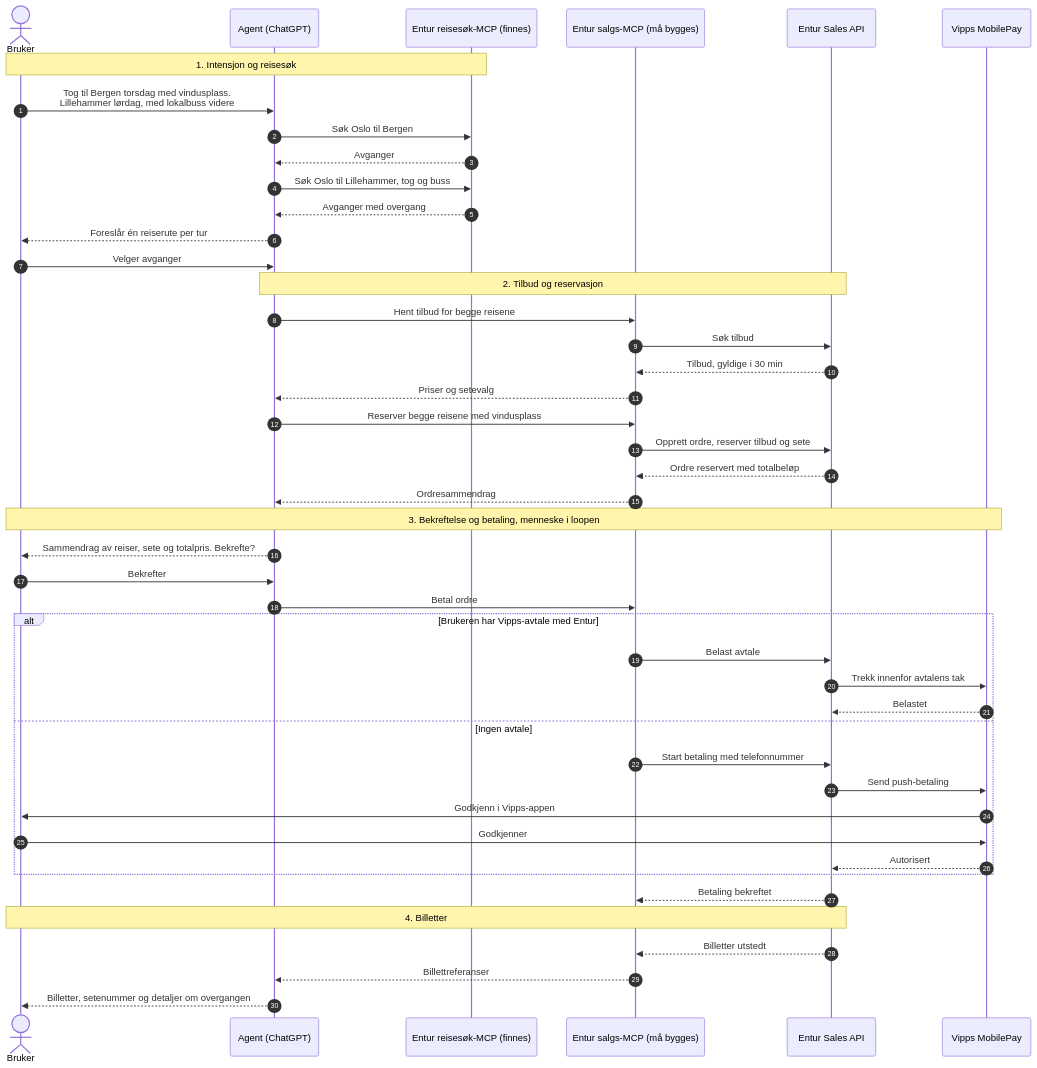
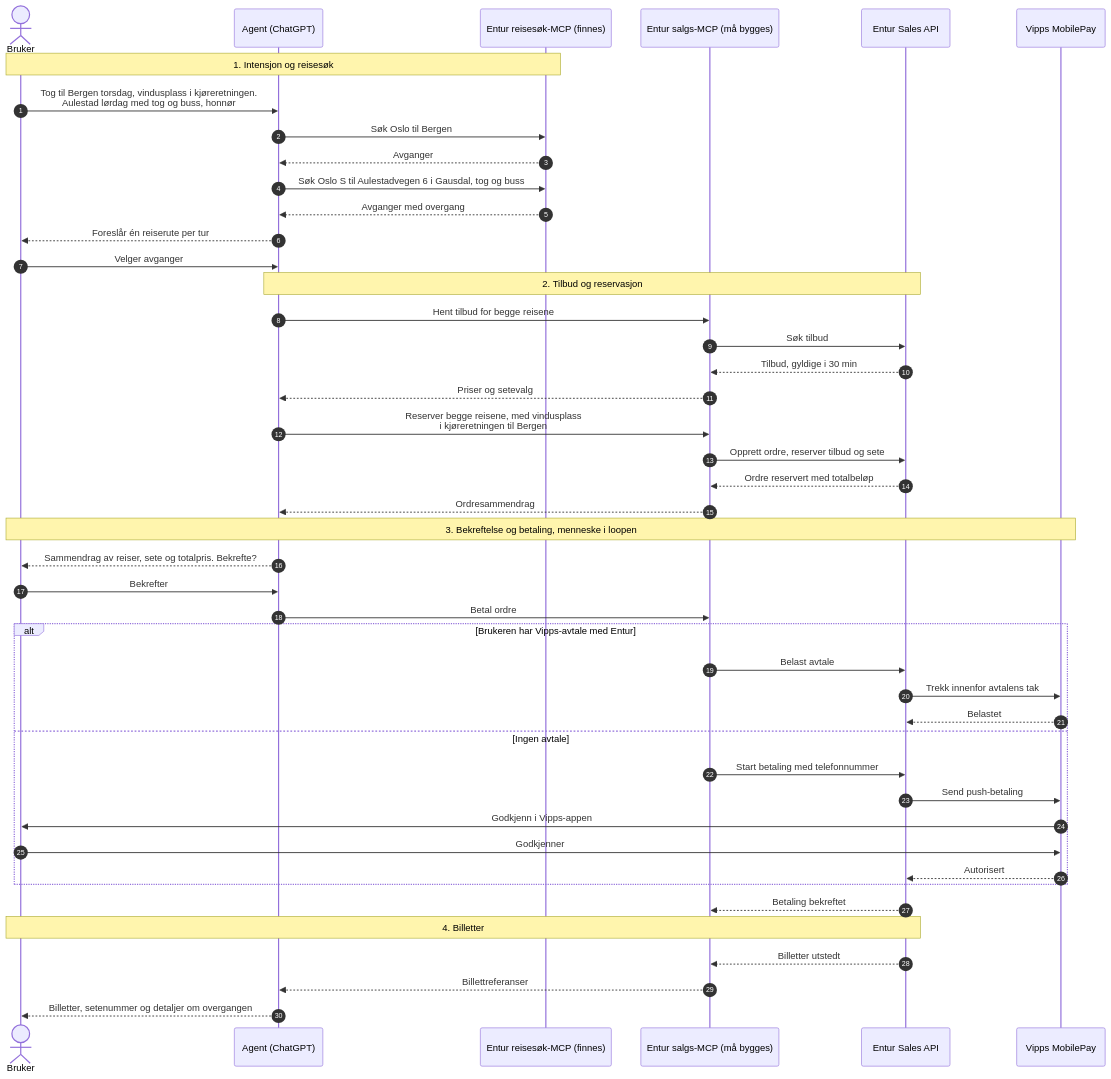
One commit to entur/agentisk-betaling changed the diagram in brukerflyt/chatgpt-flyt.mmd. Above: the diagram before and after it, drawn with Mermaid. The commit also changed 7 other files, not shown here.

First line of the commit message:
Aulestad med honnørbillett og vindusplass i kjøreretningen til Bergen

```diff
--- a/brukerflyt/chatgpt-flyt.mmd
+++ b/brukerflyt/chatgpt-flyt.mmd
@@ -1,49 +1,49 @@
 sequenceDiagram
     autonumber
     actor B as Bruker
     participant A as Agent (ChatGPT)
     participant R as Entur reisesøk-MCP (finnes)
     participant S as Entur salgs-MCP (må bygges)
     participant API as Entur Sales API
     participant V as Vipps MobilePay
 
     Note over B,R: 1. Intensjon og reisesøk
-    B->>A: Tog til Bergen torsdag med vindusplass.<br/>Lillehammer lørdag, med lokalbuss videre
+    B->>A: Tog til Bergen torsdag, vindusplass i kjøreretningen.<br/>Aulestad lørdag med tog og buss, honnør
     A->>R: Søk Oslo til Bergen
     R-->>A: Avganger
-    A->>R: Søk Oslo til Lillehammer, tog og buss
+    A->>R: Søk Oslo S til Aulestadvegen 6 i Gausdal, tog og buss
     R-->>A: Avganger med overgang
     A-->>B: Foreslår én reiserute per tur
     B->>A: Velger avganger
 
     Note over A,API: 2. Tilbud og reservasjon
     A->>S: Hent tilbud for begge reisene
     S->>API: Søk tilbud
     API-->>S: Tilbud, gyldige i 30 min
     S-->>A: Priser og setevalg
-    A->>S: Reserver begge reisene med vindusplass
+    A->>S: Reserver begge reisene, med vindusplass<br/>i kjøreretningen til Bergen
     S->>API: Opprett ordre, reserver tilbud og sete
     API-->>S: Ordre reservert med totalbeløp
     S-->>A: Ordresammendrag
 
     Note over B,V: 3. Bekreftelse og betaling, menneske i loopen
     A-->>B: Sammendrag av reiser, sete og totalpris. Bekrefte?
     B->>A: Bekrefter
     A->>S: Betal ordre
     alt Brukeren har Vipps-avtale med Entur
         S->>API: Belast avtale
         API->>V: Trekk innenfor avtalens tak
         V-->>API: Belastet
     else Ingen avtale
         S->>API: Start betaling med telefonnummer
         API->>V: Send push-betaling
         V->>B: Godkjenn i Vipps-appen
         B->>V: Godkjenner
         V-->>API: Autorisert
     end
     API-->>S: Betaling bekreftet
 
     Note over B,API: 4. Billetter
     API-->>S: Billetter utstedt
     S-->>A: Billettreferanser
     A-->>B: Billetter, setenummer og detaljer om overgangen
```
